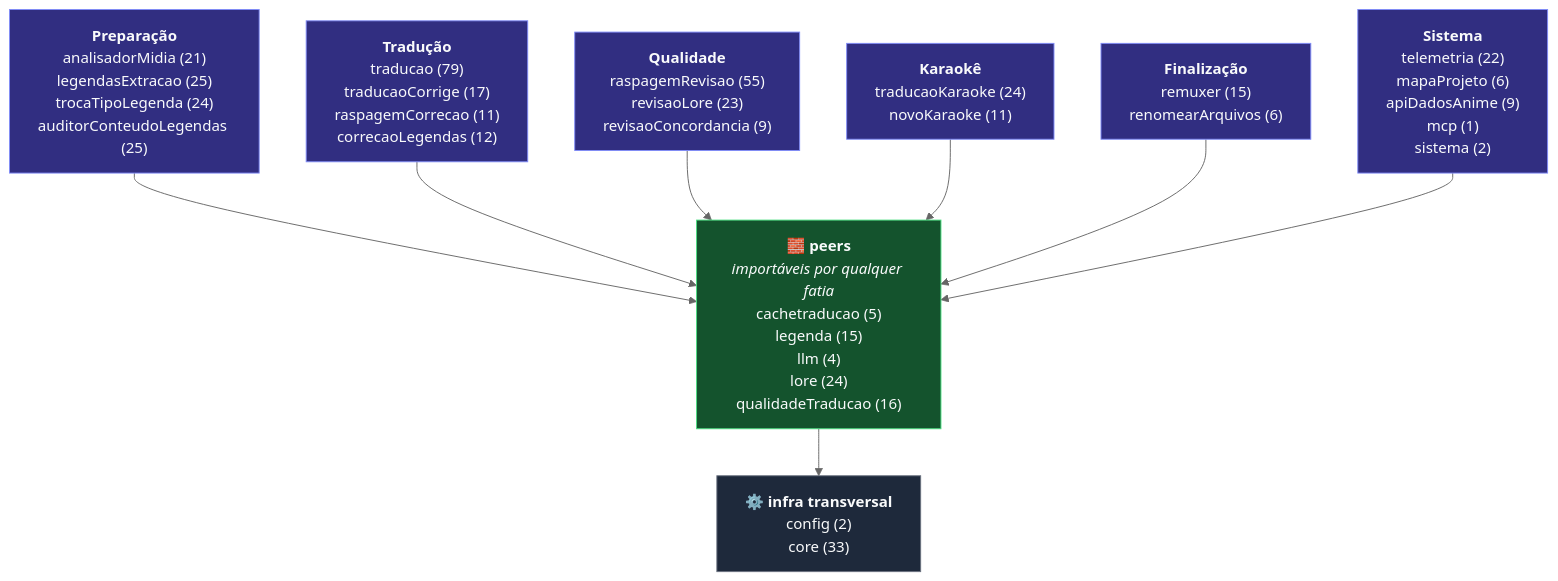
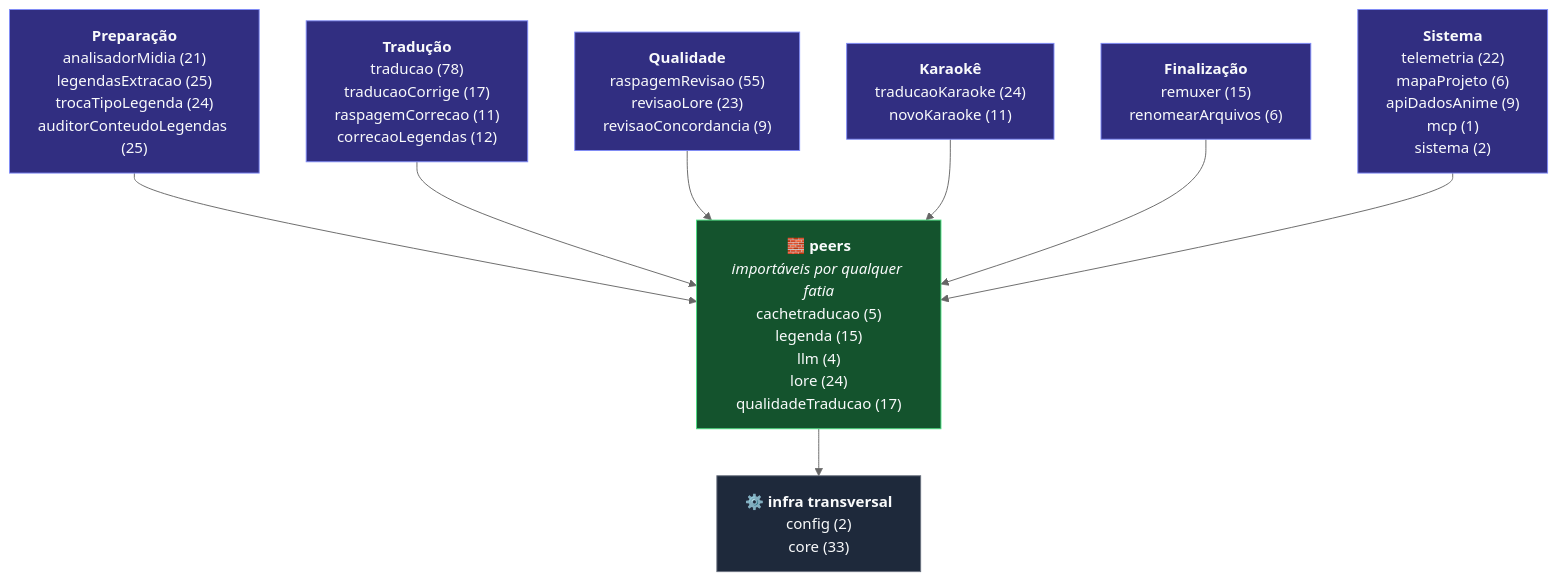
One commit to carmipa/traducao_animes_llm_local_quarkus-1 changed the diagram in docs/ref-esqueleto-projeto.md. Above: the diagram before and after it, drawn with Mermaid (neutral theme). The commit also changed other lines of this file, not shown here.

First line of the commit message:
docs: esqueleto regravado — ReparadorMarcadoresLlm no peer qualidadeTraducao

````diff
--- a/docs/ref-esqueleto-projeto.md
+++ b/docs/ref-esqueleto-projeto.md
@@ -36,21 +36,21 @@
 ```mermaid
 graph TB
     G0["<b>Preparação</b><br/>analisadorMidia (21)<br/>legendasExtracao (25)<br/>trocaTipoLegenda (24)<br/>auditorConteudoLegendas (25)"]:::fatia
-    G1["<b>Tradução</b><br/>traducao (79)<br/>traducaoCorrige (17)<br/>raspagemCorrecao (11)<br/>correcaoLegendas (12)"]:::fatia
+    G1["<b>Tradução</b><br/>traducao (78)<br/>traducaoCorrige (17)<br/>raspagemCorrecao (11)<br/>correcaoLegendas (12)"]:::fatia
     G2["<b>Qualidade</b><br/>raspagemRevisao (55)<br/>revisaoLore (23)<br/>revisaoConcordancia (9)"]:::fatia
     G3["<b>Karaokê</b><br/>traducaoKaraoke (24)<br/>novoKaraoke (11)"]:::fatia
     G4["<b>Finalização</b><br/>remuxer (15)<br/>renomearArquivos (6)"]:::fatia
     G5["<b>Sistema</b><br/>telemetria (22)<br/>mapaProjeto (6)<br/>apiDadosAnime (9)<br/>mcp (1)<br/>sistema (2)"]:::fatia
-    PEERS["<b>🧱 peers</b><br/><i>importáveis por qualquer fatia</i><br/>cachetraducao (5)<br/>legenda (15)<br/>llm (4)<br/>lore (24)<br/>qualidadeTraducao (16)"]:::peer
+    PEERS["<b>🧱 peers</b><br/><i>importáveis por qualquer fatia</i><br/>cachetraducao (5)<br/>legenda (15)<br/>llm (4)<br/>lore (24)<br/>qualidadeTraducao (17)"]:::peer
     BASE["<b>⚙️ infra transversal</b><br/>config (2)<br/>core (33)"]:::base
     G0 --> PEERS
     G1 --> PEERS
     G2 --> PEERS
     G3 --> PEERS
     G4 --> PEERS
     G5 --> PEERS
     PEERS --> BASE
     classDef fatia fill:#312e81,stroke:#818CF8,color:#F9FAFB
     classDef peer fill:#14532d,stroke:#4ADE80,color:#F9FAFB
     classDef base fill:#1e293b,stroke:#6B7280,color:#F9FAFB
 ```
````
